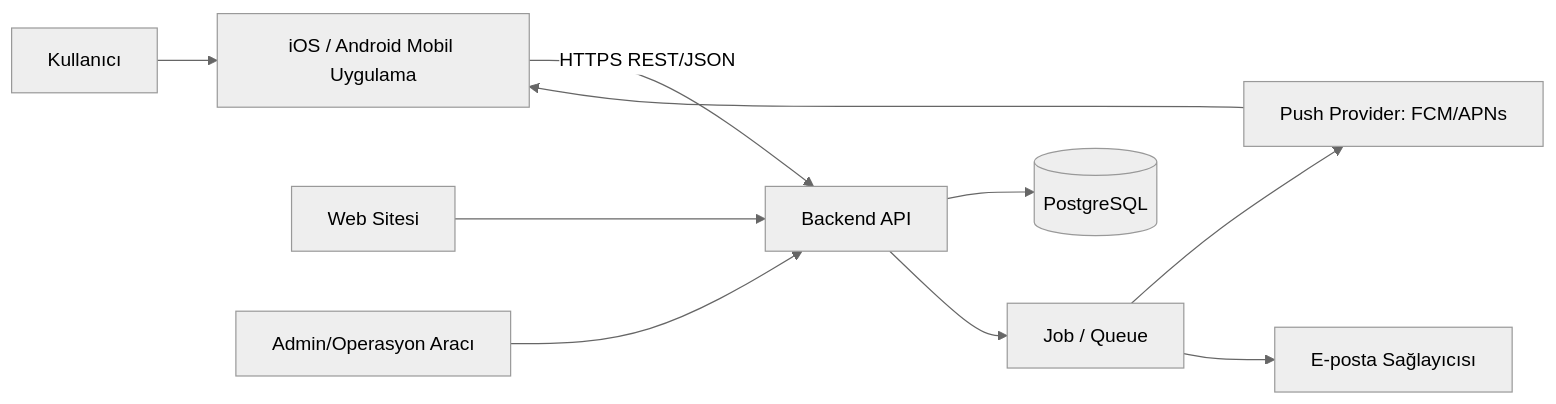
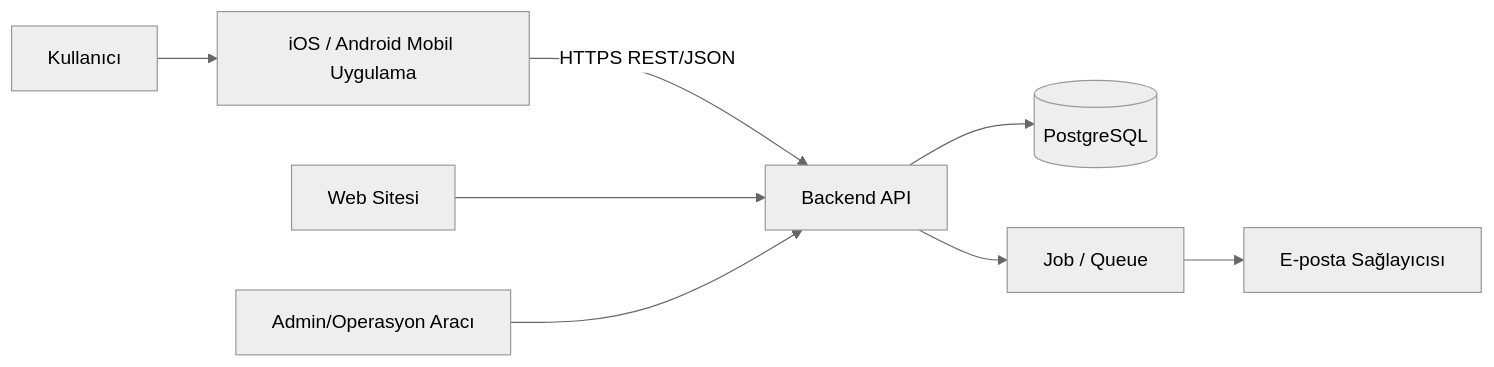
The first of 3 diagrams in SubscriptTrack-Documentation/ARCHITECTURE.md (subscription-tracking/SubscriptTrack), drawn with Mermaid (neutral theme) before and after one commit. The commit also changed other lines of this file and 19 other files, not shown here.

````diff
--- a/SubscriptTrack-Documentation/ARCHITECTURE.md
+++ b/SubscriptTrack-Documentation/ARCHITECTURE.md
@@ -18,12 +18,10 @@
 ```mermaid
 flowchart LR
     U[Kullanıcı] --> M[iOS / Android Mobil Uygulama]
     M -->|HTTPS REST/JSON| B[Backend API]
     B --> DB[(PostgreSQL)]
     B --> Q[Job / Queue]
-    Q --> P[Push Provider: FCM/APNs]
     Q --> E[E-posta Sağlayıcısı]
-    P --> M
     W[Web Sitesi] --> B
     A[Admin/Operasyon Aracı] --> B
 ```
````
